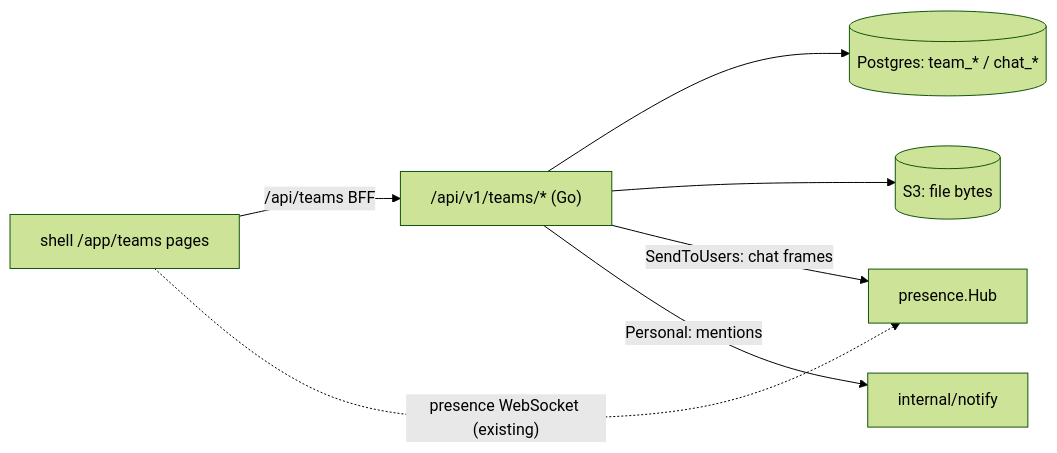
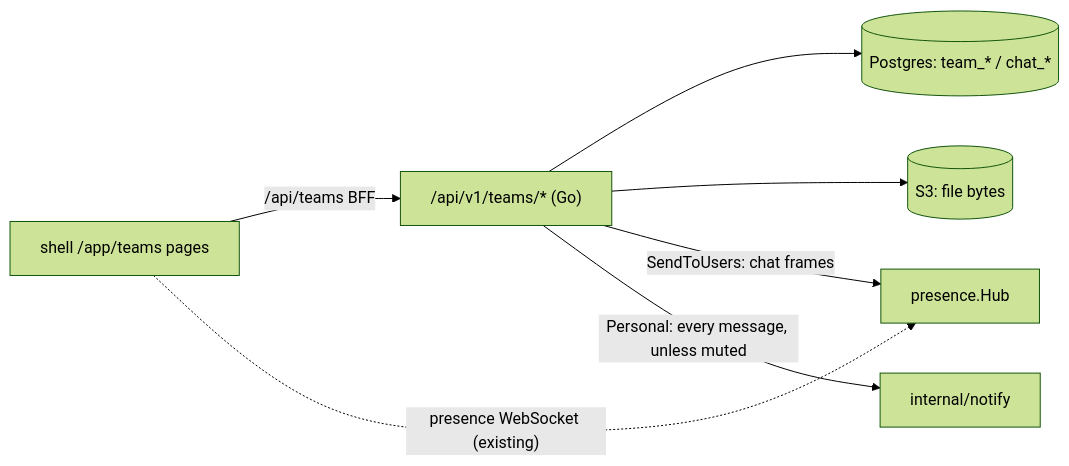
The first of 2 diagrams in docs/adr/ADR-037-teams.md (noiia/EERP), drawn with Mermaid (forest theme) before and after one commit. The commit also changed other lines of this file and 20 other files, not shown here.

````diff
--- a/docs/adr/ADR-037-teams.md
+++ b/docs/adr/ADR-037-teams.md
@@ -25,9 +25,9 @@
 ```mermaid
 flowchart LR
   UI["shell /app/teams pages"] -->|"/api/teams BFF"| API["/api/v1/teams/* (Go)"]
   UI -.->|"presence WebSocket (existing)"| Hub["presence.Hub"]
   API --> DB[("Postgres: team_* / chat_*")]
   API --> S3[("S3: file bytes")]
   API -->|"SendToUsers: chat frames"| Hub
-  API -->|"Personal: mentions"| Notify["internal/notify"]
+  API -->|"Personal: every message, unless muted"| Notify["internal/notify"]
 ```
````
